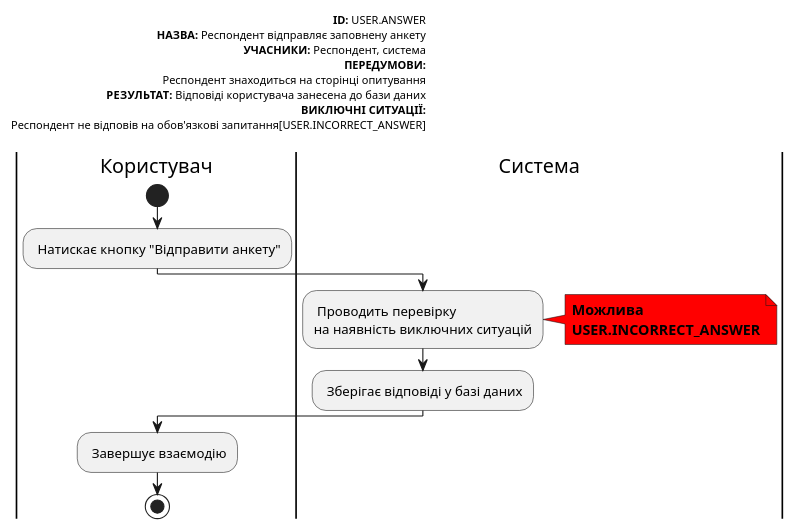
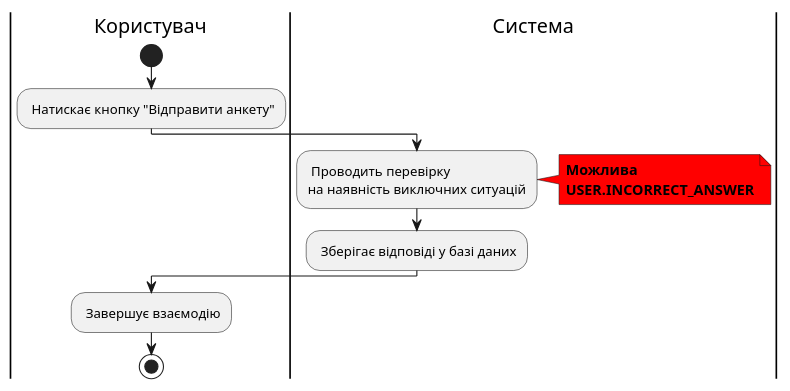
Diagram 11 of 22 in docs/use cases/README.md (michigang1/ImForms), drawn with PlantUML before and after one commit. The commit also changed other lines of this file, not shown here.

```diff
--- a/docs/use cases/README.md
+++ b/docs/use cases/README.md
@@ -357,31 +379,20 @@
 @startuml
-left header
-<font color=000 size=10><b>ID:</b> USER.ANSWER
-<font color=000 size=10><b>НАЗВА:</b> Респондент відправляє заповнену анкету
-<font color=000 size=10><b>УЧАСНИКИ:</b> Респондент, система  
-<font color=000 size=10><b>ПЕРЕДУМОВИ:</b>
-<font color=000 size=10> Респондент знаходиться на сторінці опитування
-<font color=000 size=10><b>РЕЗУЛЬТАТ:</b> Відповіді користувача занесена до бази даних
-<font color=000 size=10><b>ВИКЛЮЧНІ СИТУАЦІЇ:</b>
-<font color=000 size=10>Респондент не відповів на обов'язкові запитання[USER.INCORRECT_ANSWER]
-
-end header
 
 |Користувач|
 start
 : Натискає кнопку "Відправити анкету";
 
 |Система|
 : Проводить перевірку
 на наявність виключних ситуацій;
 note right #ff0000
 <b>Можлива</b>
 <b>USER.INCORRECT_ANSWER</b>
 end note
 
         : Зберігає відповіді у базі даних;
 
 |Користувач|
 : Завершує взаємодію;
 stop;
 @enduml
```
